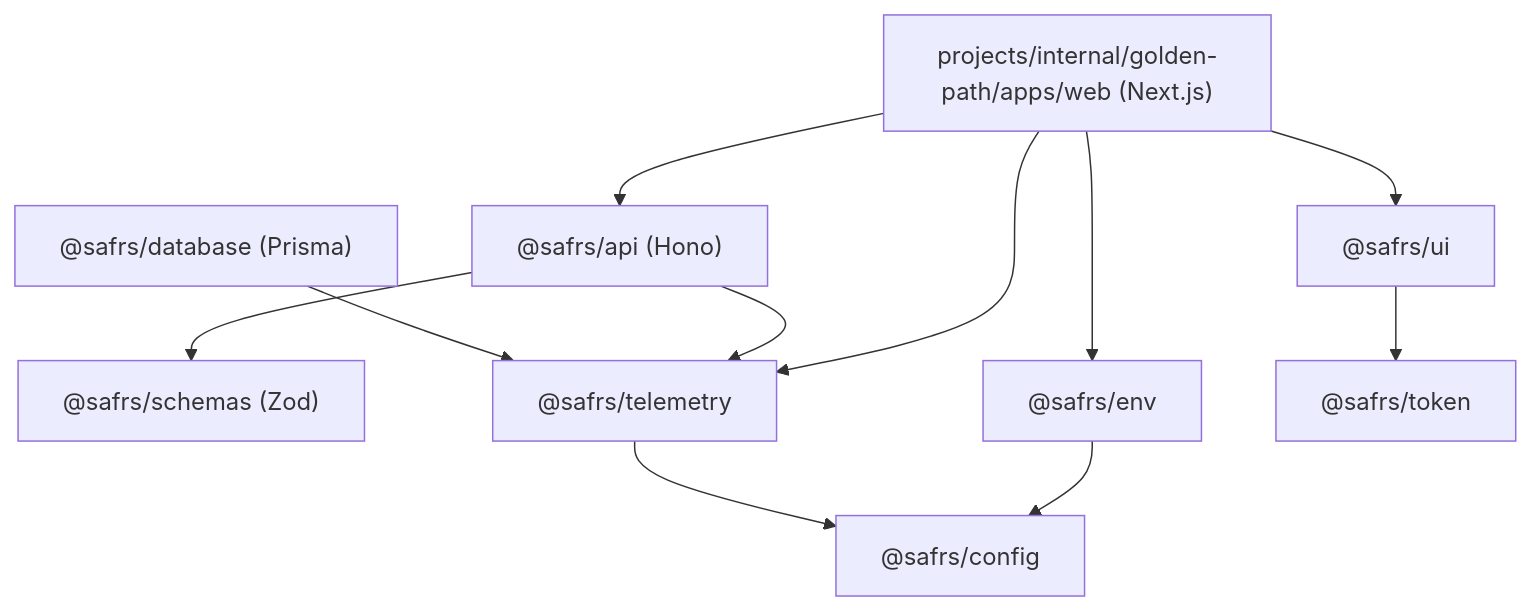
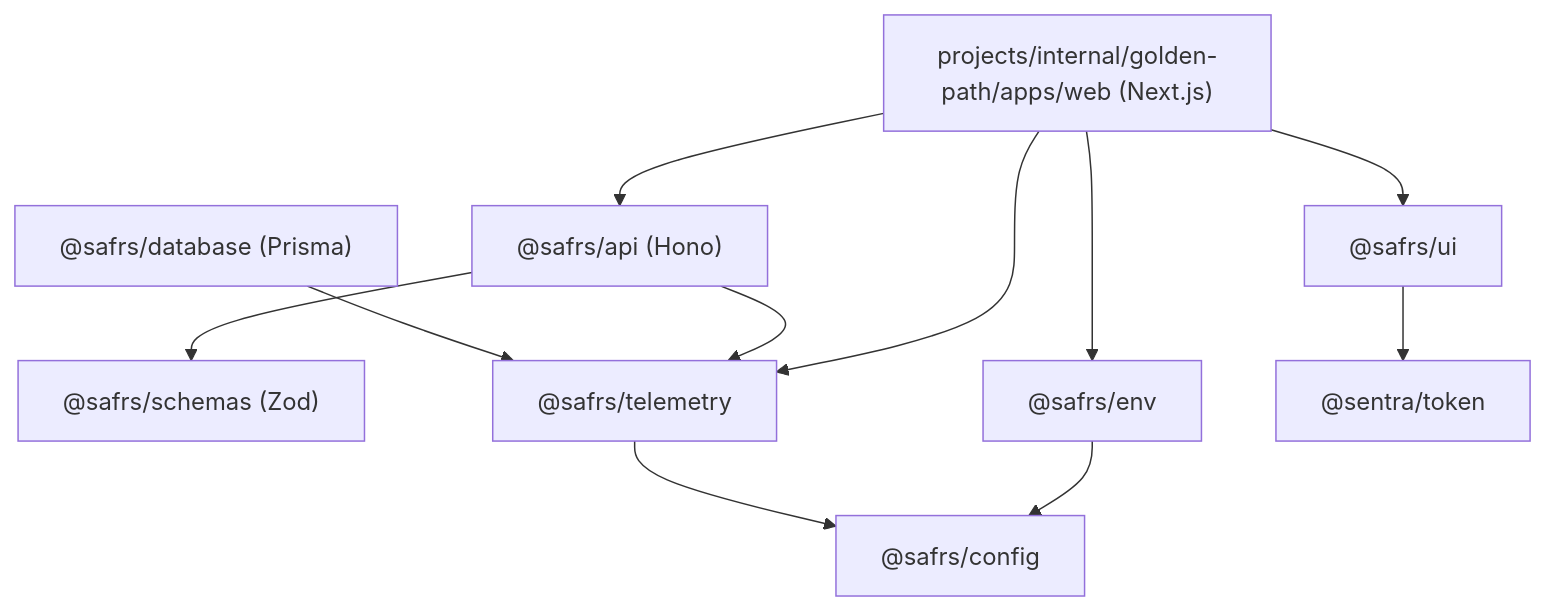
The diagram in sentrawiki/reference/dependencies.md (drferdi/Monorepo-safrs), drawn with Mermaid before and after one commit. The commit also changed other lines of this file and 197 other files, not shown here.

````diff
--- a/sentrawiki/reference/dependencies.md
+++ b/sentrawiki/reference/dependencies.md
@@ -54,23 +54,23 @@
 ```mermaid
 graph TD
     WEB["projects/internal/golden-path/apps/web (Next.js)"]
     API["@safrs/api (Hono)"]
     SCHEMAS["@safrs/schemas (Zod)"]
     ENV["@safrs/env"]
     DB["@safrs/database (Prisma)"]
     UI["@safrs/ui"]
     TELE["@safrs/telemetry"]
     CONF["@safrs/config"]
-    TOKEN["@safrs/token"]
+    TOKEN["@sentra/token"]
 
     WEB --> API
     WEB --> ENV
     WEB --> UI
     WEB --> TELE
     API --> SCHEMAS
     API --> TELE
     DB --> TELE
     ENV --> CONF
     TELE --> CONF
     UI --> TOKEN
 ```
````
